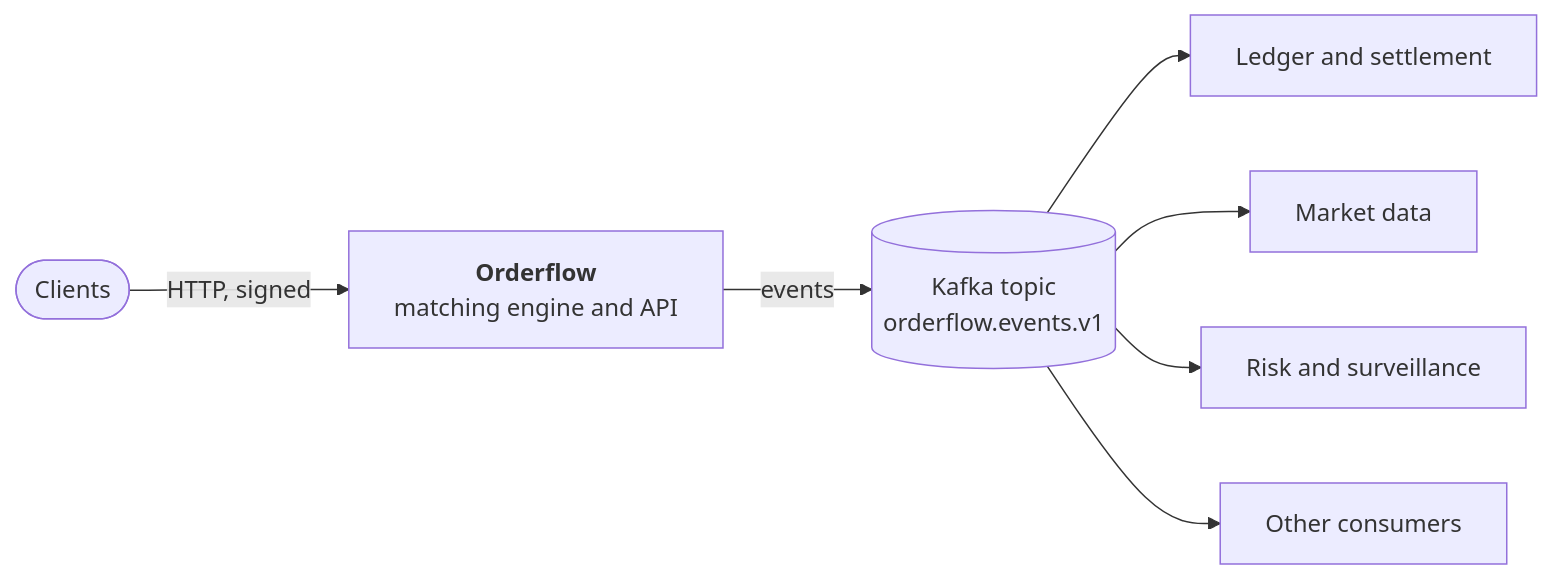
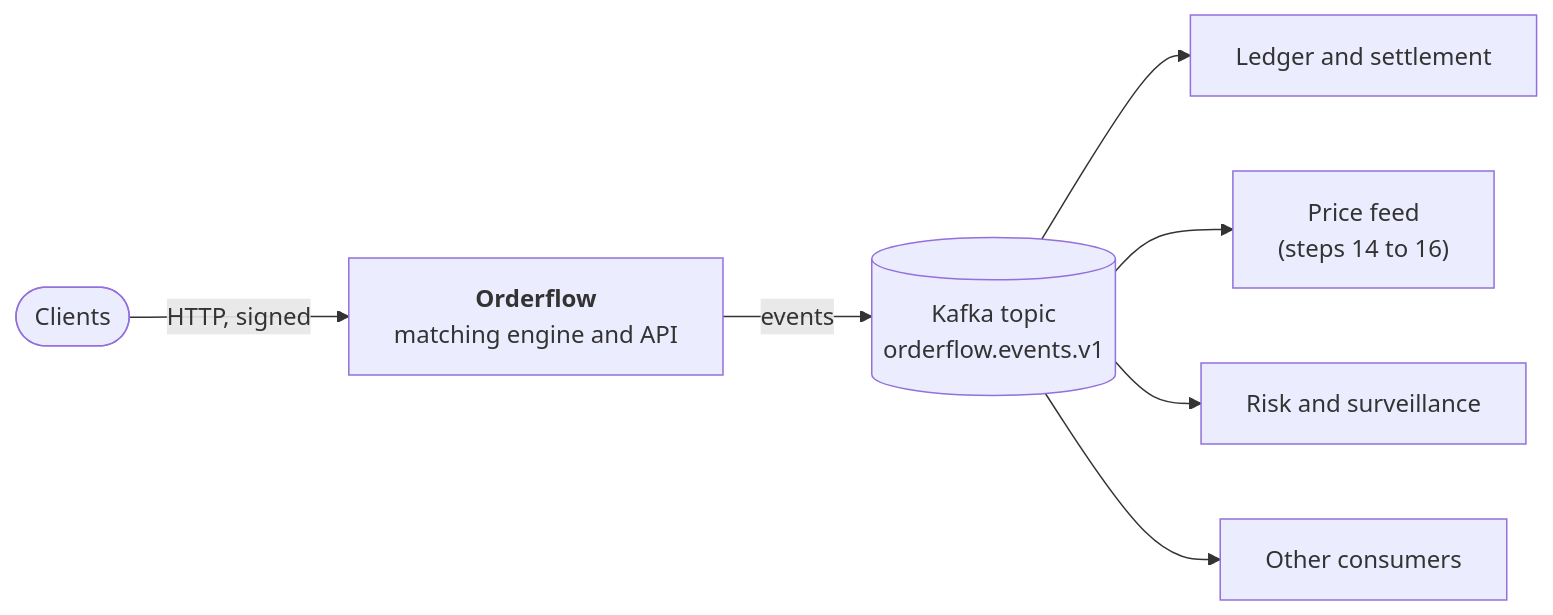
The diagram in KT_README.MD (davidmm07/orderflow), drawn with Mermaid before and after one commit. The commit also changed other lines of this file and 6 other files, not shown here.

Commit message:
docs: document the price feed with adrs, an api contract and kt steps

````diff
--- a/KT_README.MD
+++ b/KT_README.MD
@@ -22,9 +22,9 @@
 ```mermaid
 flowchart LR
     clients([Clients]) -- "HTTP, signed" --> orderflow["<b>Orderflow</b><br/>matching engine and API"]
     orderflow -- events --> topic[("Kafka topic<br/>orderflow.events.v1")]
     topic --> ledger[Ledger and settlement]
-    topic --> data[Market data]
+    topic --> data["Price feed<br/>(steps 14 to 16)"]
     topic --> risk[Risk and surveillance]
     topic --> more[Other consumers]
 ```
````
